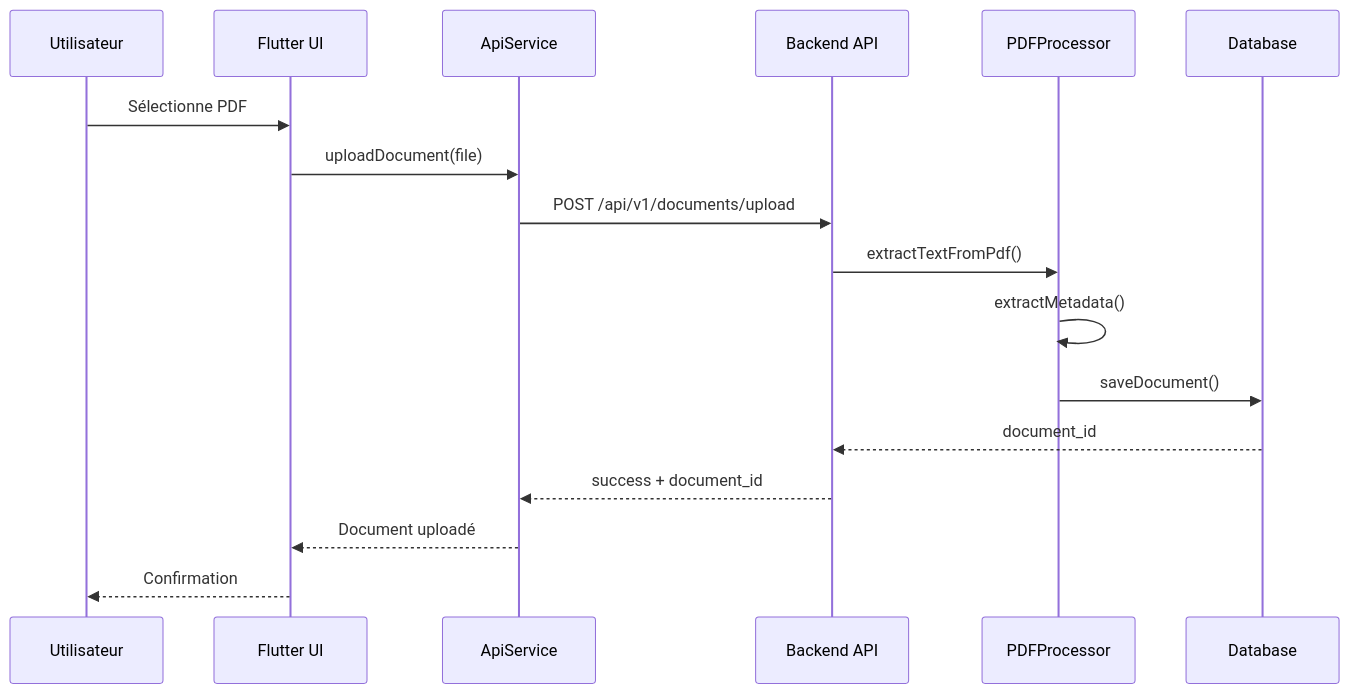
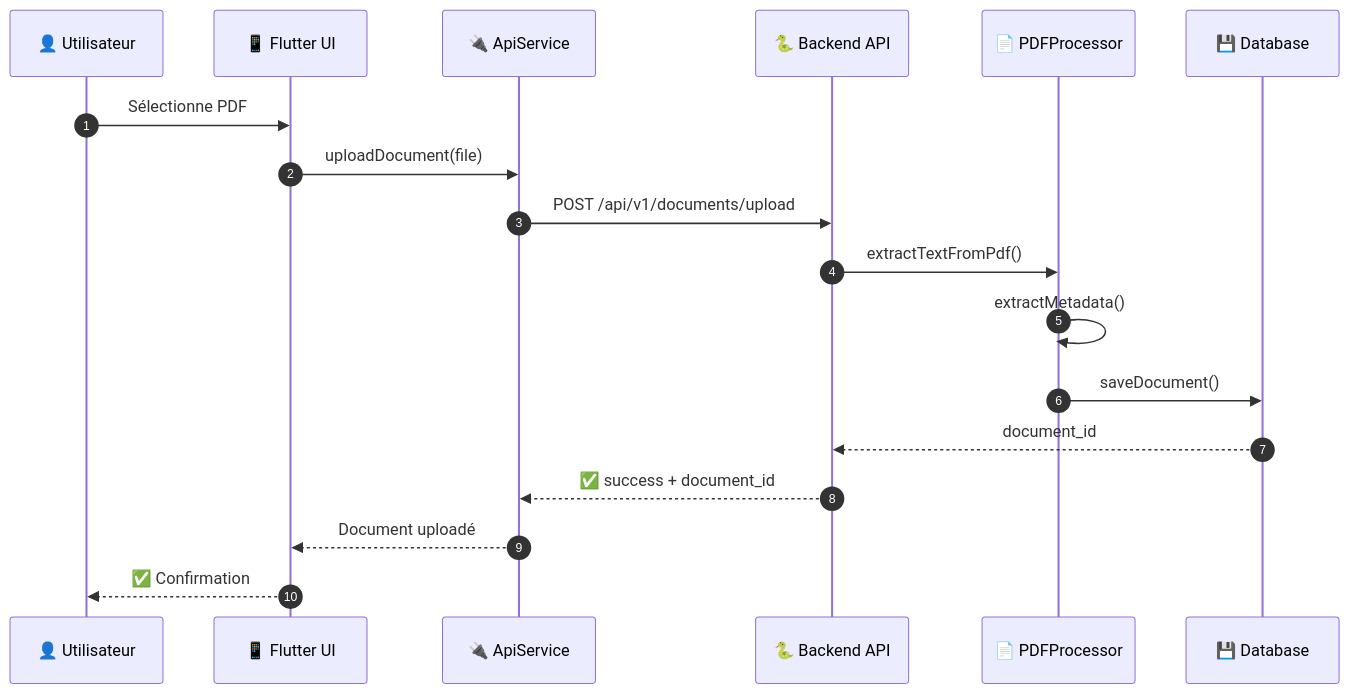
One commit to arkalia-luna-system/arkalia-cia changed the second of 9 diagrams in docs/ARCHITECTURE.md. Above: the diagram before and after it, drawn with Mermaid. The commit also changed other lines of this file and 6 other files, not shown here.

Commit message:
Docs: Amélioration MD - Allègement, bannières, schémas Mermaid améliorés

````diff
--- a/docs/ARCHITECTURE.md
+++ b/docs/ARCHITECTURE.md
@@ -144,20 +149,21 @@
 ```mermaid
 sequenceDiagram
-    participant U as Utilisateur
-    participant UI as Flutter UI
-    participant API as ApiService
-    participant BE as Backend API
-    participant PDF as PDFProcessor
-    participant DB as Database
+    autonumber
+    participant U as 👤 Utilisateur
+    participant UI as 📱 Flutter UI
+    participant API as 🔌 ApiService
+    participant BE as 🐍 Backend API
+    participant PDF as 📄 PDFProcessor
+    participant DB as 💾 Database
 
     U->>UI: Sélectionne PDF
     UI->>API: uploadDocument(file)
     API->>BE: POST /api/v1/documents/upload
     BE->>PDF: extractTextFromPdf()
     PDF->>PDF: extractMetadata()
     PDF->>DB: saveDocument()
     DB-->>BE: document_id
-    BE-->>API: success + document_id
+    BE-->>API: ✅ success + document_id
     API-->>UI: Document uploadé
-    UI-->>U: Confirmation
+    UI-->>U: ✅ Confirmation
 ```
````
